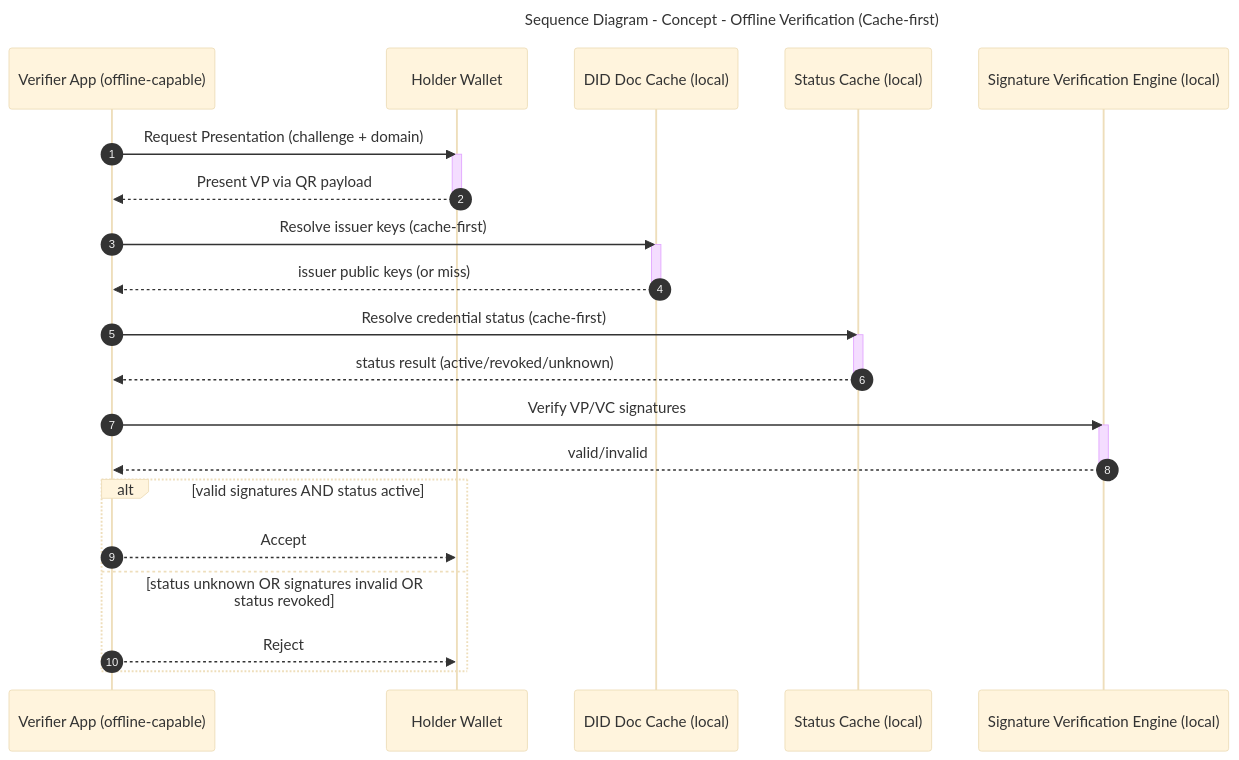
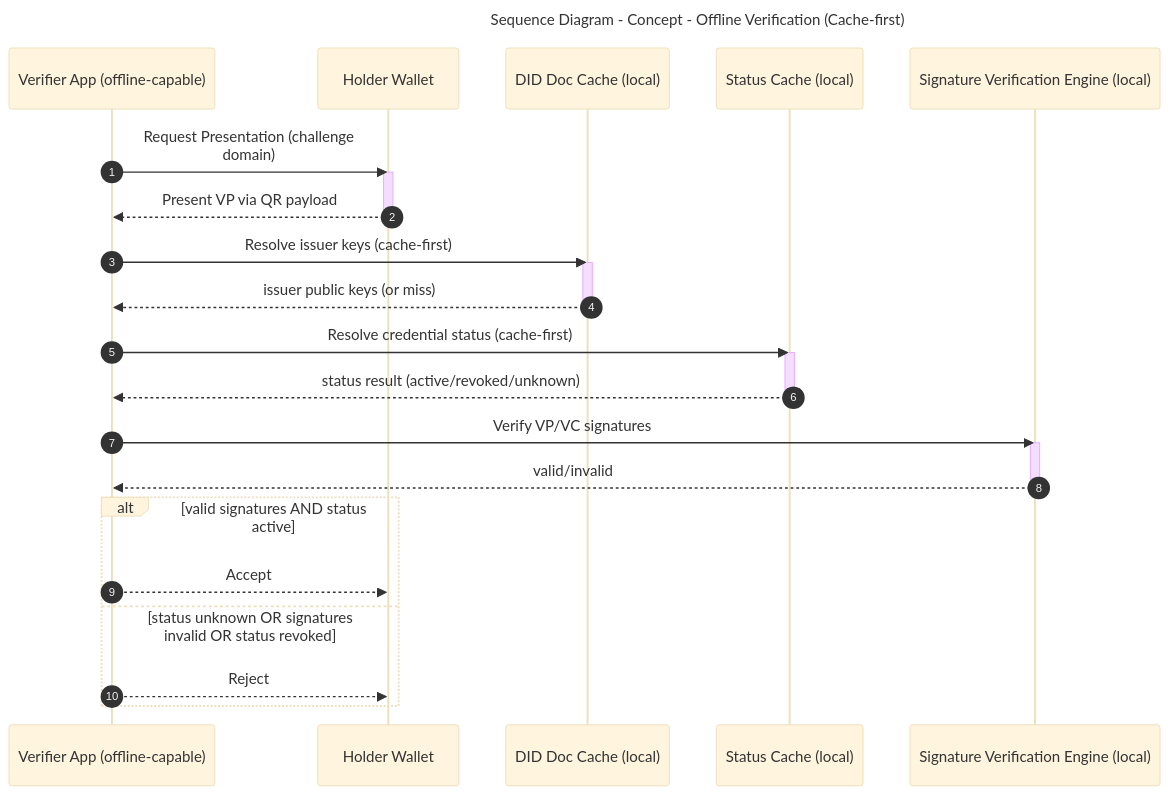
The diagram in diagrams/sequence-mobile-offline-verification.mmd (CHATEAUFORGE-LLC/QuantumZero), drawn with Mermaid before and after one commit. The commit also changed 89 other files, not shown here.

Commit message:
further diagram enhancment to align with notation

```diff
--- a/diagrams/sequence-mobile-offline-verification.mmd
+++ b/diagrams/sequence-mobile-offline-verification.mmd
@@ -1,39 +1,39 @@
 ---
 title: Sequence Diagram - Concept - Offline Verification (Cache-first)
 config:
   theme: base
 ---
 %% QuantumZero UML palette note: actors/external=#fff7e6/#b45309, system/component=#e0f2fe/#075985, datastore=#ecfccb/#4d7c0f, notes=#fff9c4/#d97706. Aligns diagrams to Deliverable 1 UML/DFD theme.
 sequenceDiagram
   autonumber
   participant VerifierApp as Verifier App (offline-capable)
   participant Wallet as Holder Wallet
   participant DIDCache as DID Doc Cache (local)
   participant StatusCache as Status Cache (local)
   participant Crypto as Signature Verification Engine (local)
 
-  VerifierApp->>Wallet: Request Presentation (challenge + domain)
+  VerifierApp->>Wallet: Request Presentation (challenge<br>domain)
   activate Wallet
   Wallet-->>VerifierApp: Present VP via QR payload
   deactivate Wallet
 
   VerifierApp->>DIDCache: Resolve issuer keys (cache-first)
   activate DIDCache
   DIDCache-->>VerifierApp: issuer public keys (or miss)
   deactivate DIDCache
 
   VerifierApp->>StatusCache: Resolve credential status (cache-first)
   activate StatusCache
   StatusCache-->>VerifierApp: status result (active/revoked/unknown)
   deactivate StatusCache
 
   VerifierApp->>Crypto: Verify VP/VC signatures
   activate Crypto
   Crypto-->>VerifierApp: valid/invalid
   deactivate Crypto
 
   alt valid signatures AND status active
     VerifierApp-->>Wallet: Accept
   else status unknown OR signatures invalid OR status revoked
     VerifierApp-->>Wallet: Reject
   end
```
